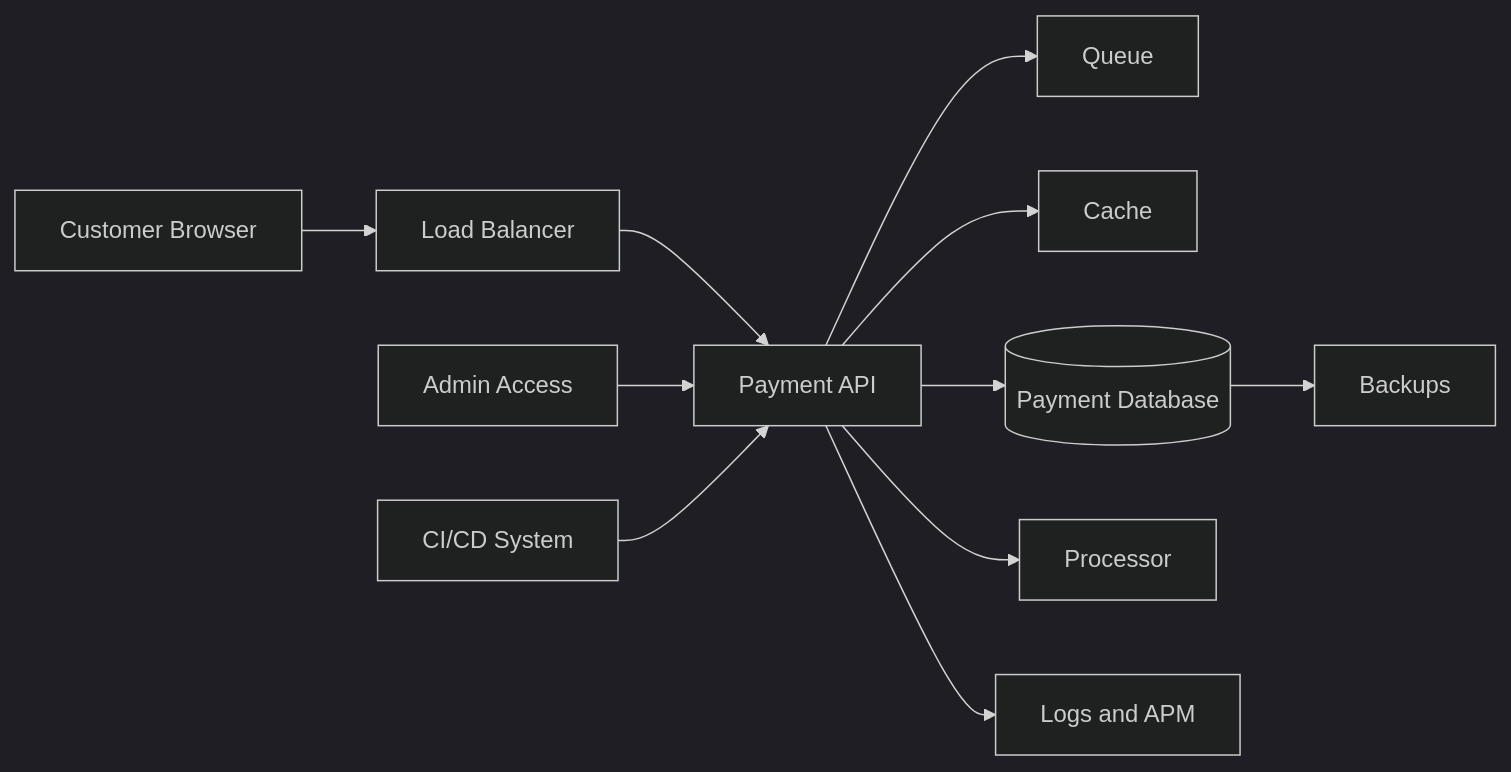
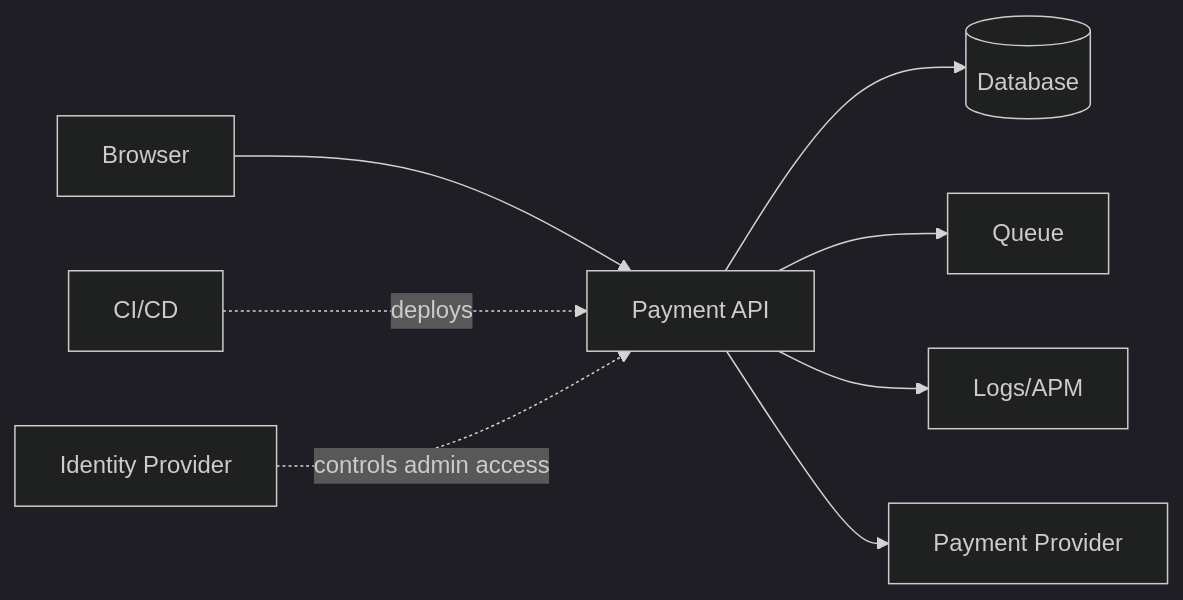
One commit to AvadhBhalodiya/Interview-Preparation changed the third of 6 diagrams in src/content/payments/pci-dss-basics.md. Above: the diagram before and after it, drawn with Mermaid (dark theme). The commit also changed other lines of this file and 54 other files, not shown here.

````diff
--- a/src/content/payments/pci-dss-basics.md
+++ b/src/content/payments/pci-dss-basics.md
@@ -193,14 +186,11 @@
 ```mermaid
 flowchart LR
-    U[Customer Browser] --> LB[Load Balancer]
-    LB --> API[Payment API]
+    U[Browser] --> API[Payment API]
+    API --> DB[(Database)]
     API --> Q[Queue]
-    API --> C[Cache]
-    API --> DB[(Payment Database)]
-    API --> PSP[Processor]
+    API --> LOG[Logs/APM]
+    API --> PSP[Payment Provider]
 
-    API --> LOG[Logs and APM]
-    DB --> BKP[Backups]
-    ADM[Admin Access] --> API
-    CICD[CI/CD System] --> API
+    CICD[CI/CD] -. deploys .-> API
+    IAM[Identity Provider] -. controls admin access .-> API
 ```
````
